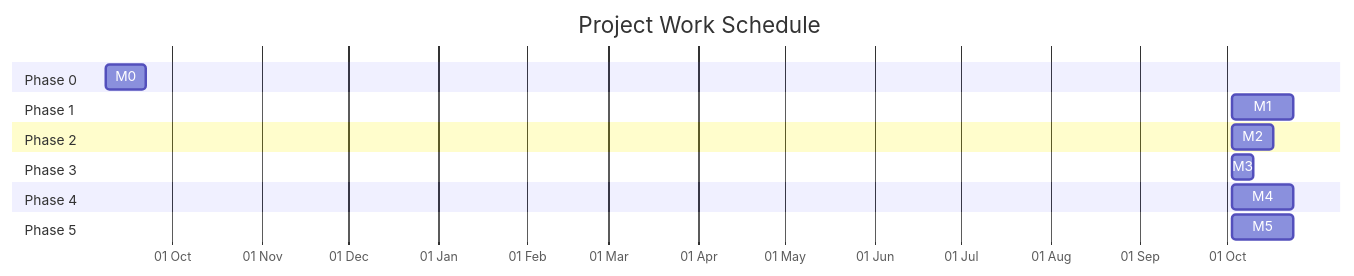
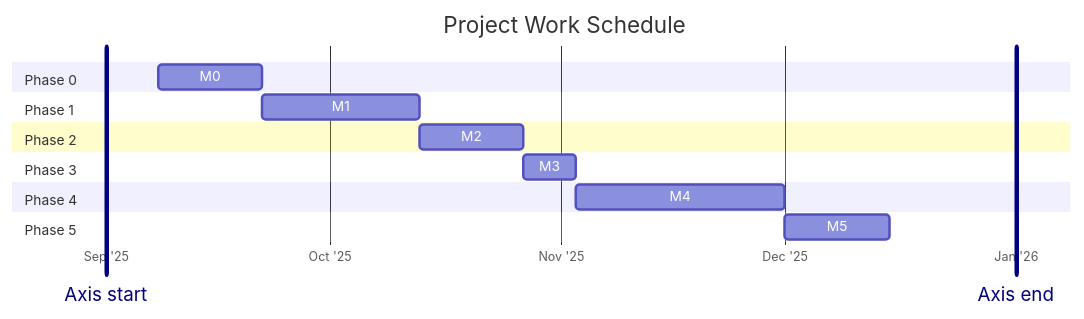
Before and after one commit to FrancescFe/FrancescFe.github.io: the first of 2 diagrams in src/content/project-report/03-03-methodology-and-planning.md, drawn with Mermaid. The commit also changed other lines of this file, not shown here.

Commit message:
[056] correct project Gantt dates and milestone positioning

````diff
--- a/src/content/project-report/03-03-methodology-and-planning.md
+++ b/src/content/project-report/03-03-methodology-and-planning.md
@@ -147,24 +147,33 @@
 ```mermaid
+---
+config:
+  gantt:
+    useWidth: 884
+    useMaxWidth: false
+---
 gantt
     title Project Work Schedule
     dateFormat YYYY-MM-DD
-    axisFormat %d %b
+    axisFormat %b '%y
+    tickInterval 1month
 
     section Phase 0
-    M0: Setup and Definition       :m0, 2025-09-08, 14d
+    Axis start : vert, axis-start, 2025-09-01, 1d
+    M0 :m0, 2025-09-08, 14d
 
     section Phase 1
-    M1: Backend MVP (Authors)      :m1, after m0, 21d
+    M1 :m1, after m0, 21d
 
     section Phase 2
-    M2: Frontend MVP (Authors)     :m2, after m1, 14d
+    M2 :m2, after m1, 14d
 
     section Phase 3
-    M3: DevOps & Deployment        :m3, after m2, 7d
+    M3 :m3, after m2, 7d
 
     section Phase 4
-    M4: Full Functionality         :m4, after m3, 21d
+    M4 :m4, after m3, 28d
 
     section Phase 5
-    M5: Polishing and Delivery     :m5, after m4, 21d
+    M5 :m5, after m4, 14d
+    Axis end : vert, axis-end, 2026-01-01, 1d
 ```
````
